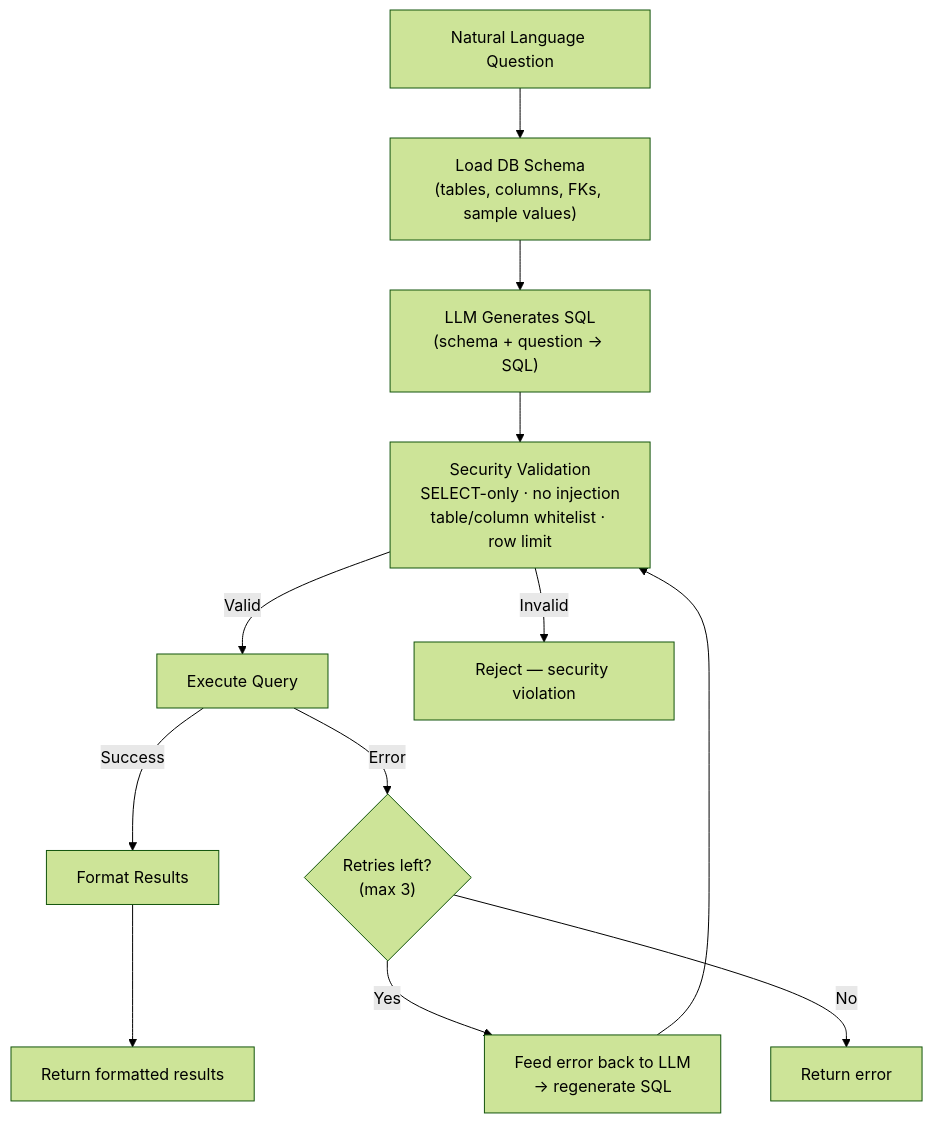
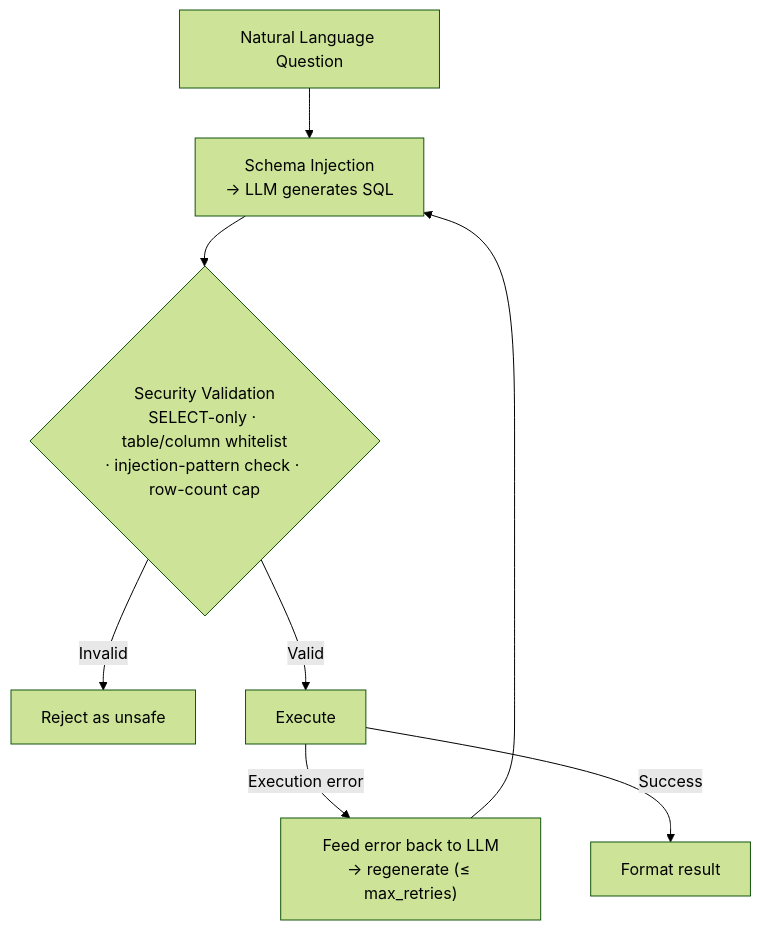
Before and after one commit to danvazsan2/local-agentic-rag-framework: the fourth of 6 diagrams in README.md, drawn with Mermaid (forest theme). The commit also changed other lines of this file and 30 other files, not shown here.

````diff
--- a/README.md
+++ b/README.md
@@ -383,14 +397,10 @@
 ```mermaid
 flowchart TD
-    Q["Natural Language Question"] --> S1["Load DB Schema\n(tables, columns, FKs, sample values)"]
-    S1 --> S2["LLM Generates SQL\n(schema + question → SQL)"]
-    S2 --> S3["Security Validation\nSELECT-only · no injection\ntable/column whitelist · row limit"]
-    S3 -->|Valid| S4["Execute Query"]
-    S3 -->|Invalid| REJECT["Reject — security violation"]
-    S4 -->|Success| S5["Format Results"]
-    S4 -->|Error| S6{"Retries left?\n(max 3)"}
-    S6 -->|Yes| S7["Feed error back to LLM\n→ regenerate SQL"]
-    S7 --> S3
-    S6 -->|No| S8["Return error"]
-    S5 --> S9["Return formatted results"]
+    Q["Natural Language Question"] --> S["Schema Injection<br/>→ LLM generates SQL"]
+    S --> V{"Security Validation<br/>SELECT-only · table/column whitelist<br/>· injection-pattern check · row-count cap"}
+    V -->|Invalid| X["Reject as unsafe"]
+    V -->|Valid| E["Execute"]
+    E -->|Execution error| RE["Feed error back to LLM<br/>→ regenerate (≤ max_retries)"]
+    RE --> S
+    E -->|Success| F["Format result"]
 ```
````
